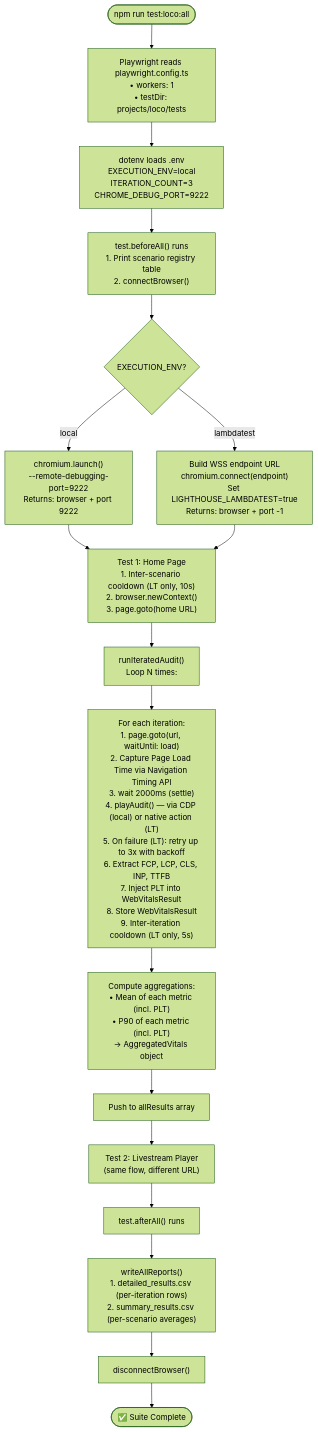
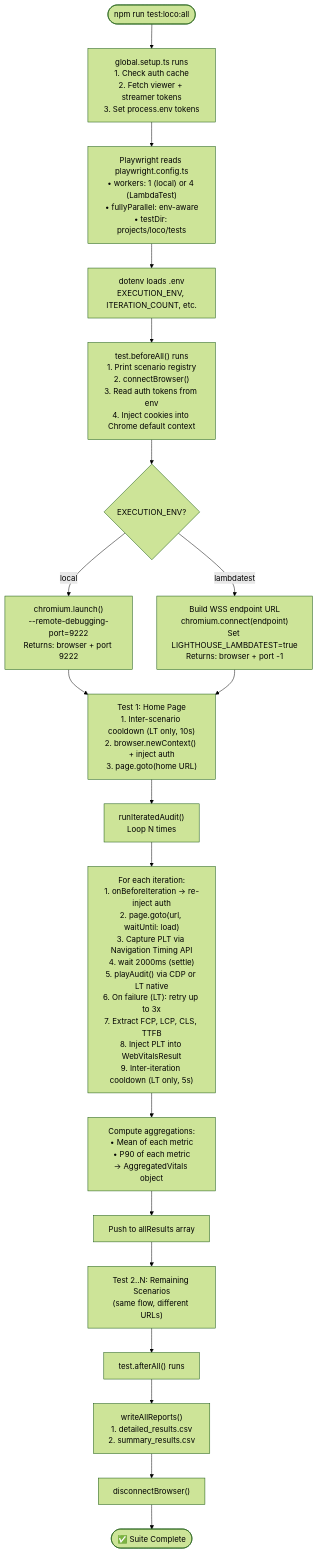
The fifth of 7 diagrams in README.md (getloconow/Loco_Performance_Automation), drawn with Mermaid (forest theme) before and after one commit. The commit also changed other lines of this file, not shown here.

````diff
--- a/README.md
+++ b/README.md
@@ -261,37 +356,39 @@
 ```mermaid
 flowchart TD
-    START(["npm run test:loco:all"]) --> PW["Playwright reads playwright.config.ts<br/>• workers: 1<br/>• testDir: projects/loco/tests"]
+    START(["npm run test:loco:all"]) --> GS["global.setup.ts runs<br/>1. Check auth cache<br/>2. Fetch viewer + streamer tokens<br/>3. Set process.env tokens"]
 
-    PW --> ENV["dotenv loads .env<br/>EXECUTION_ENV=local<br/>ITERATION_COUNT=3<br/>CHROME_DEBUG_PORT=9222"]
+    GS --> PW["Playwright reads playwright.config.ts<br/>• workers: 1 (local) or 4 (LambdaTest)<br/>• fullyParallel: env-aware<br/>• testDir: projects/loco/tests"]
 
-    ENV --> BA["test.beforeAll() runs<br/>1. Print scenario registry table<br/>2. connectBrowser()"]
+    PW --> ENV["dotenv loads .env<br/>EXECUTION_ENV, ITERATION_COUNT, etc."]
+
+    ENV --> BA["test.beforeAll() runs<br/>1. Print scenario registry<br/>2. connectBrowser()<br/>3. Read auth tokens from env<br/>4. Inject cookies into Chrome default context"]
 
     BA --> LAUNCH{"EXECUTION_ENV?"}
 
     LAUNCH -->|local| LOCAL["chromium.launch()<br/>--remote-debugging-port=9222<br/>Returns: browser + port 9222"]
 
     LAUNCH -->|lambdatest| CLOUD["Build WSS endpoint URL<br/>chromium.connect(endpoint)<br/>Set LIGHTHOUSE_LAMBDATEST=true<br/>Returns: browser + port -1"]
 
     LOCAL --> T1
     CLOUD --> T1
 
-    T1["Test 1: Home Page<br/>1. Inter-scenario cooldown (LT only, 10s)<br/>2. browser.newContext()<br/>3. page.goto(home URL)"]
+    T1["Test 1: Home Page<br/>1. Inter-scenario cooldown (LT only, 10s)<br/>2. browser.newContext() + inject auth<br/>3. page.goto(home URL)"]
 
-    T1 --> ITER["runIteratedAudit()<br/>Loop N times:"]
+    T1 --> ITER["runIteratedAudit()<br/>Loop N times"]
 
-    ITER --> LOOP["For each iteration:<br/>1. page.goto(url, waitUntil: load)<br/>2. Capture Page Load Time via Navigation Timing API<br/>3. wait 2000ms (settle)<br/>4. playAudit() — via CDP (local) or native action (LT)<br/>5. On failure (LT): retry up to 3x with backoff<br/>6. Extract FCP, LCP, CLS, INP, TTFB<br/>7. Inject PLT into WebVitalsResult<br/>8. Store WebVitalsResult<br/>9. Inter-iteration cooldown (LT only, 5s)"]
+    ITER --> LOOP["For each iteration:<br/>1. onBeforeIteration → re-inject auth<br/>2. page.goto(url, waitUntil: load)<br/>3. Capture PLT via Navigation Timing API<br/>4. wait 2000ms (settle)<br/>5. playAudit() via CDP or LT native<br/>6. On failure (LT): retry up to 3x<br/>7. Extract FCP, LCP, CLS, TTFB<br/>8. Inject PLT into WebVitalsResult<br/>9. Inter-iteration cooldown (LT only, 5s)"]
 
-    LOOP --> AGG["Compute aggregations:<br/>• Mean of each metric (incl. PLT)<br/>• P90 of each metric (incl. PLT)<br/>→ AggregatedVitals object"]
+    LOOP --> AGG["Compute aggregations:<br/>• Mean of each metric<br/>• P90 of each metric<br/>→ AggregatedVitals object"]
 
     AGG --> PUSH["Push to allResults array"]
 
-    PUSH --> T2["Test 2: Livestream Player<br/>(same flow, different URL)"]
+    PUSH --> T2["Test 2..N: Remaining Scenarios<br/>(same flow, different URLs)"]
 
     T2 --> AA["test.afterAll() runs"]
 
-    AA --> CSV["writeAllReports()<br/>1. detailed_results.csv (per-iteration rows)<br/>2. summary_results.csv (per-scenario averages)"]
+    AA --> CSV["writeAllReports()<br/>1. detailed_results.csv<br/>2. summary_results.csv"]
 
     CSV --> DC["disconnectBrowser()"]
 
     DC --> DONE(["✅ Suite Complete"])
 ```
````
